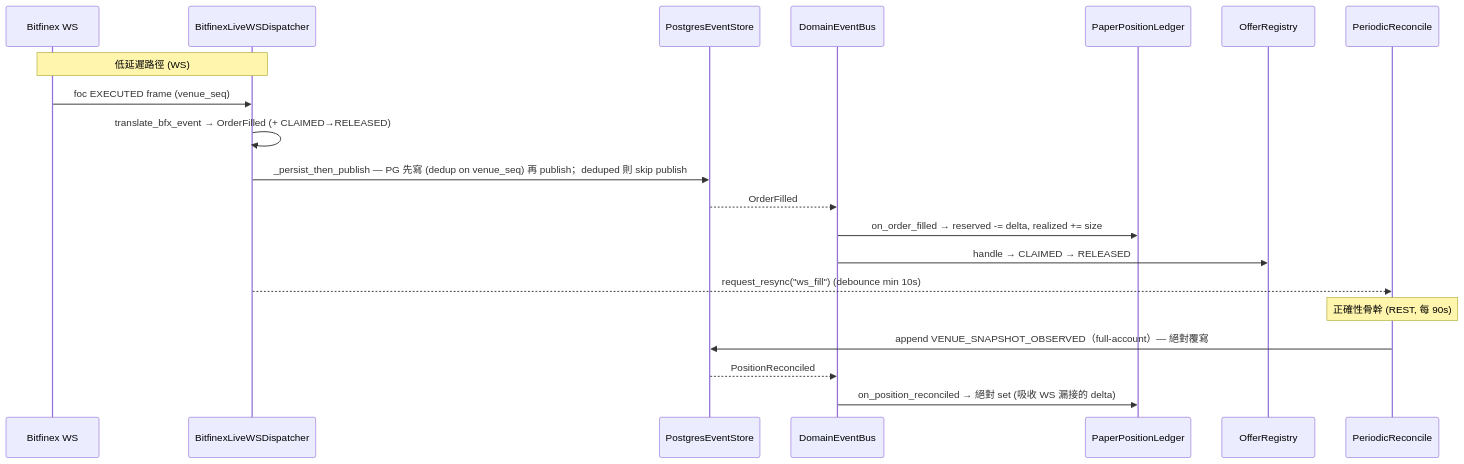
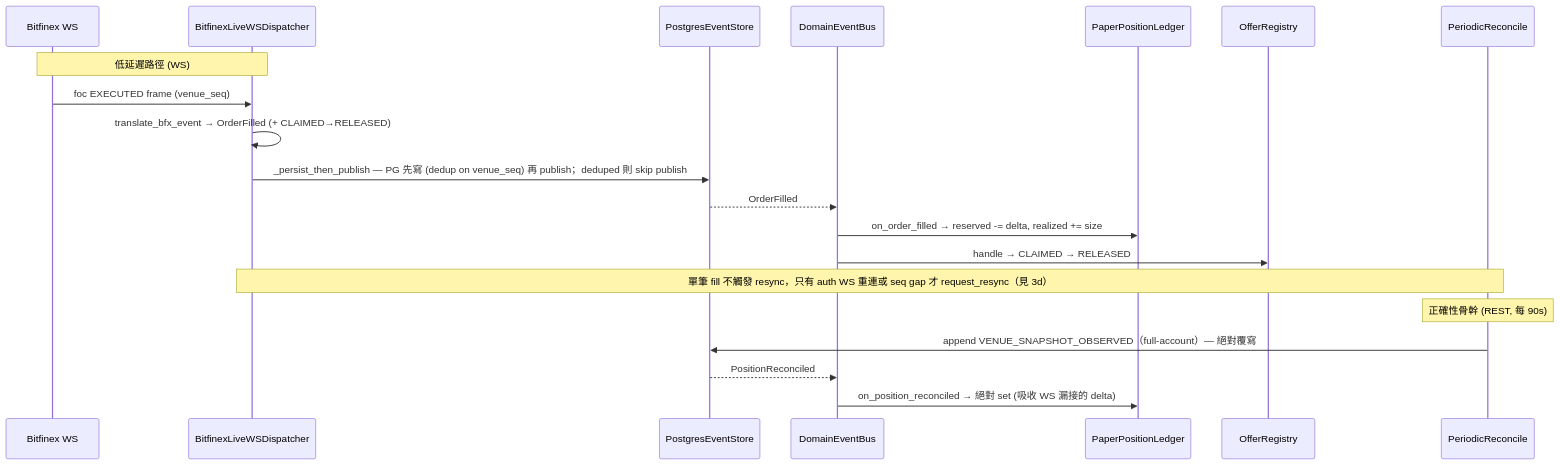
The fourth of 4 diagrams in backend/ARCHITECTURE.md (Will413028/bfx-funding-bot), drawn with Mermaid before and after one commit. The commit also changed other lines of this file and 55 other files, not shown here.

````diff
--- a/backend/ARCHITECTURE.md
+++ b/backend/ARCHITECTURE.md
@@ -223,24 +222,24 @@
 ```mermaid
 sequenceDiagram
     participant BFX as Bitfinex WS
     participant WS as BitfinexLiveWSDispatcher
     participant ST as PostgresEventStore
     participant BUS as DomainEventBus
     participant LED as PaperPositionLedger
     participant REG as OfferRegistry
     participant PR as PeriodicReconcile
 
     Note over BFX,WS: 低延遲路徑 (WS)
     BFX->>WS: foc EXECUTED frame (venue_seq)
     WS->>WS: translate_bfx_event → OrderFilled (+ CLAIMED→RELEASED)
     WS->>ST: _persist_then_publish — PG 先寫 (dedup on venue_seq) 再 publish；deduped 則 skip publish
     ST-->>BUS: OrderFilled
     BUS->>LED: on_order_filled → reserved -= delta, realized += size
     BUS->>REG: handle → CLAIMED → RELEASED
-    WS-->>PR: request_resync("ws_fill")  (debounce min 10s)
+    Note over WS,PR: 單筆 fill 不觸發 resync，只有 auth WS 重連或 seq gap 才 request_resync（見 3d）
 
     Note over PR: 正確性骨幹 (REST, 每 90s)
     PR->>ST: append VENUE_SNAPSHOT_OBSERVED（full-account）— 絕對覆寫
     ST-->>BUS: PositionReconciled
     BUS->>LED: on_position_reconciled → 絕對 set (吸收 WS 漏接的 delta)
 ```
````
